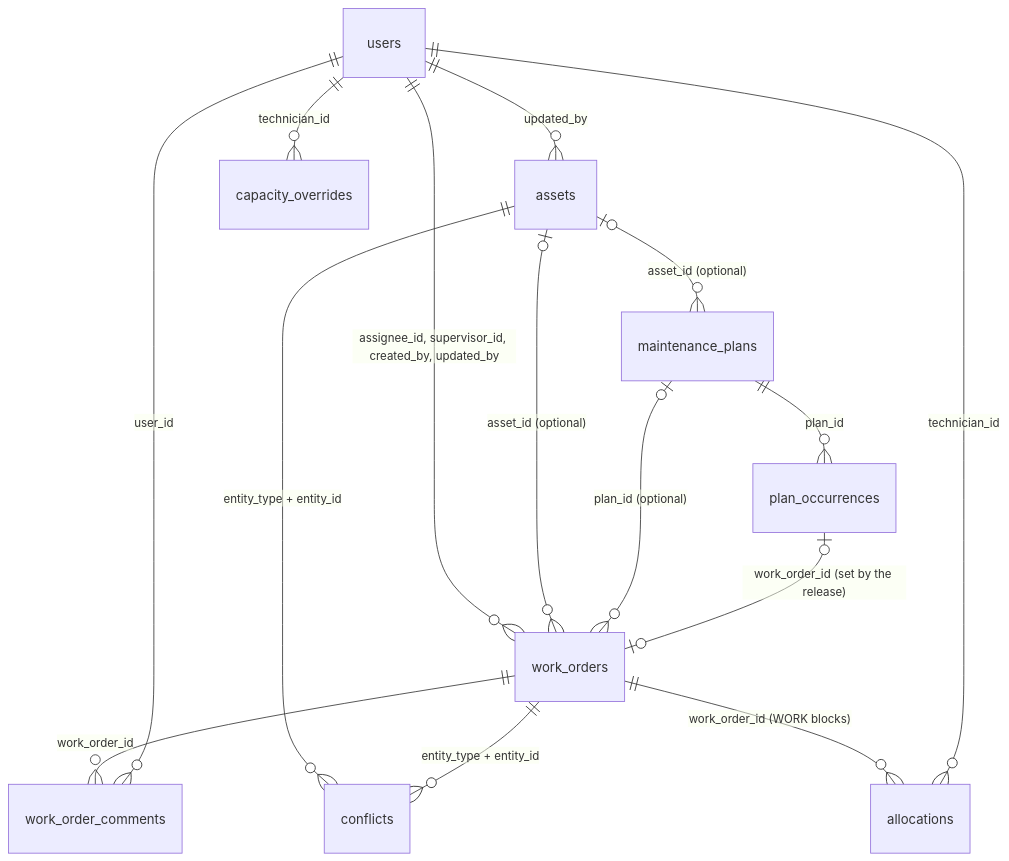
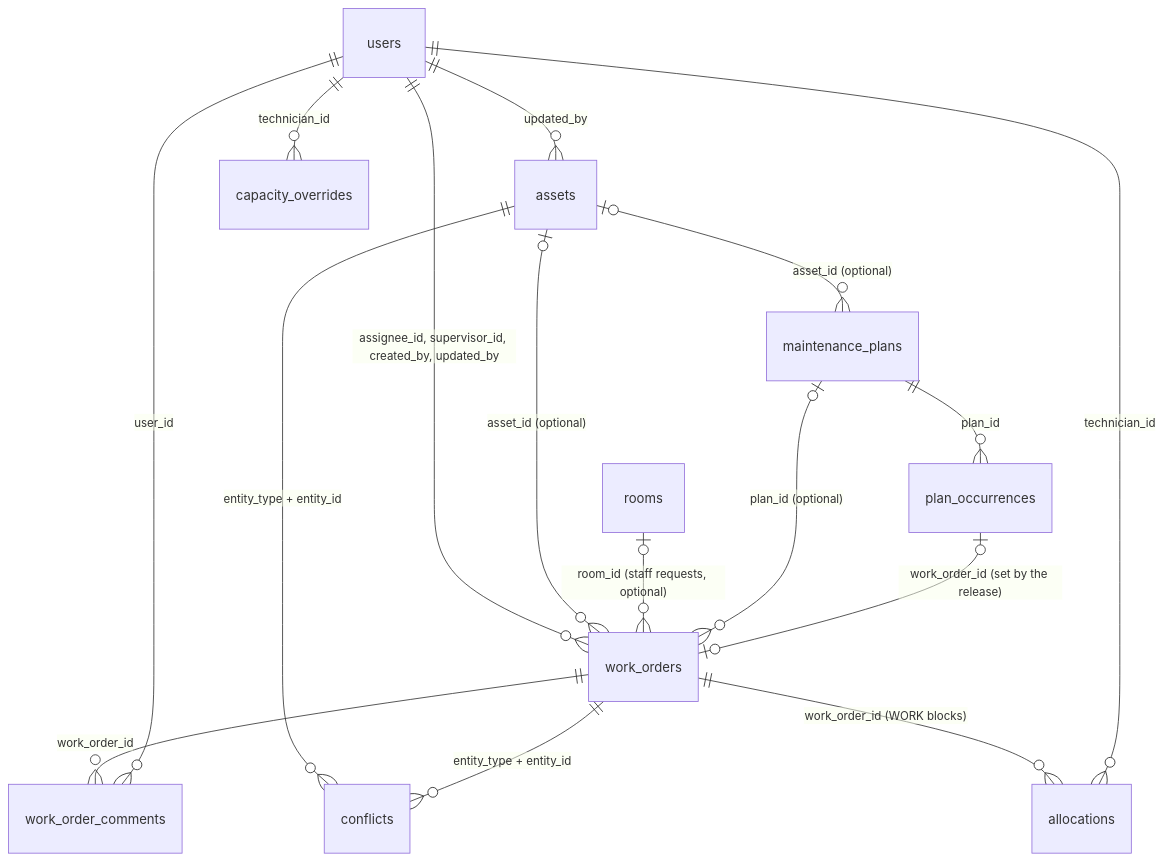
The first of 2 diagrams in docs/data-model.md (RCDeka/cmms-tool), drawn with Mermaid before and after one commit. The commit also changed other lines of this file and 43 other files, not shown here.

First line of the commit message:
feat: room list for staff requests (D81)

````diff
--- a/docs/data-model.md
+++ b/docs/data-model.md
@@ -16,17 +16,18 @@
 ```mermaid
 erDiagram
     users ||--o{ work_orders : "assignee_id, supervisor_id, created_by, updated_by"
     users ||--o{ assets : "updated_by"
     work_orders ||--o{ work_order_comments : "work_order_id"
     users ||--o{ work_order_comments : "user_id"
     assets |o--o{ work_orders : "asset_id (optional)"
+    rooms |o--o{ work_orders : "room_id (staff requests, optional)"
     assets ||--o{ conflicts : "entity_type + entity_id"
     work_orders ||--o{ conflicts : "entity_type + entity_id"
     assets |o--o{ maintenance_plans : "asset_id (optional)"
     maintenance_plans ||--o{ plan_occurrences : "plan_id"
     maintenance_plans |o--o{ work_orders : "plan_id (optional)"
     plan_occurrences |o--o| work_orders : "work_order_id (set by the release)"
     work_orders ||--o{ allocations : "work_order_id (WORK blocks)"
     users ||--o{ allocations : "technician_id"
     users ||--o{ capacity_overrides : "technician_id"
 ```
````
